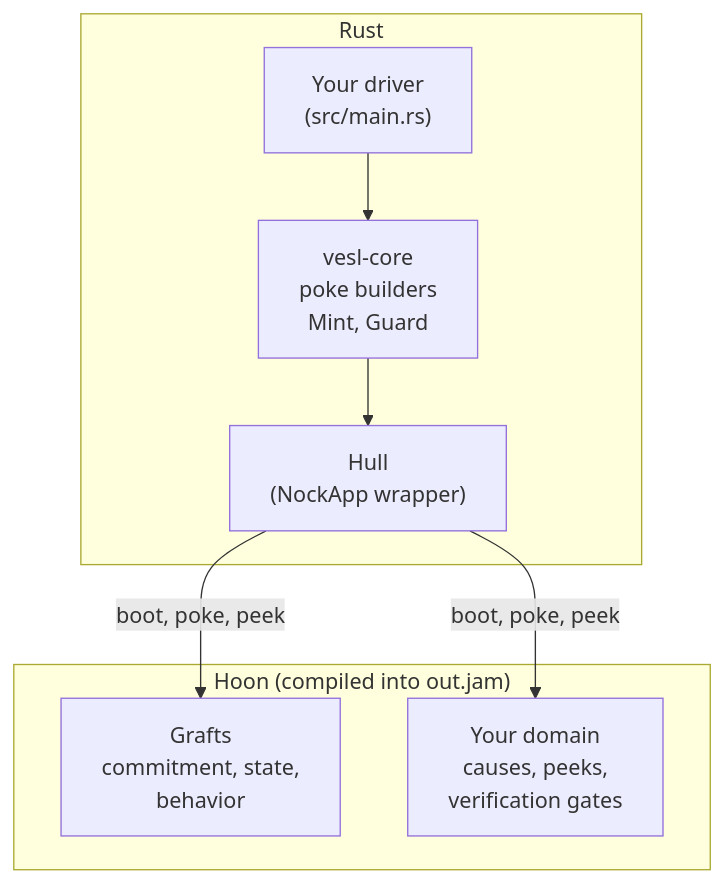
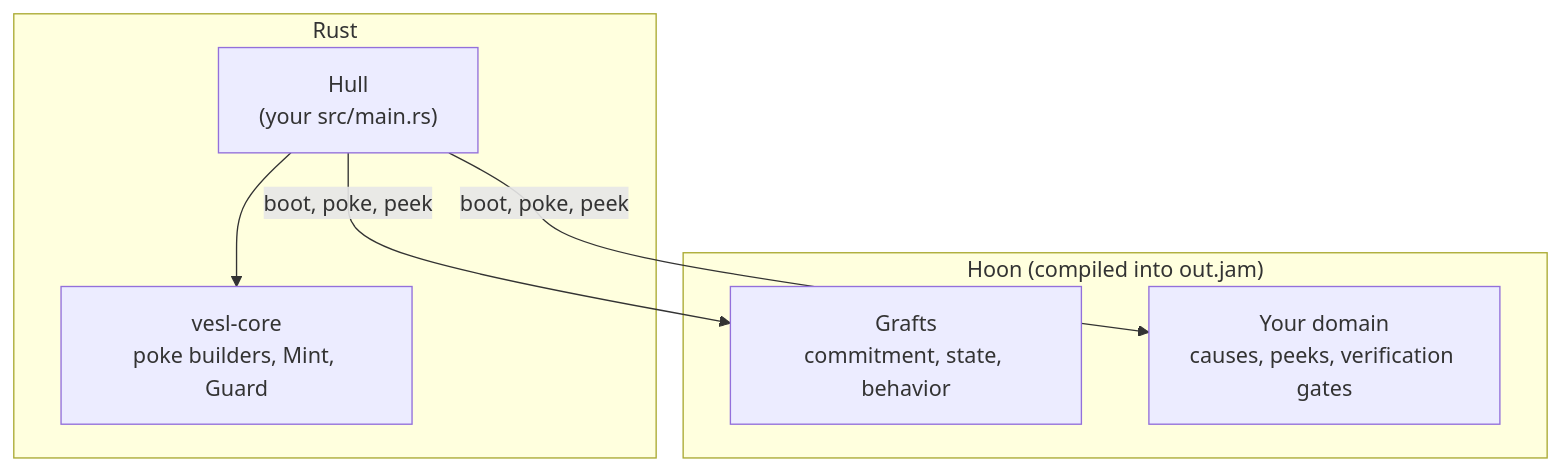
One commit to zkvesl/docs changed the diagram in docs/build/anatomy.md. Above: the diagram before and after it, drawn with Mermaid. The commit also changed other lines of this file and 7 other files, not shown here.

````diff
--- a/docs/build/anatomy.md
+++ b/docs/build/anatomy.md
@@ -28,15 +28,14 @@
 ```mermaid
 flowchart TB
     subgraph rust["Rust"]
-        driver["Your driver<br/>(src/main.rs)"]
-        core["vesl-core<br/>poke builders<br/>Mint, Guard"]
-        hull["Hull<br/>(NockApp wrapper)"]
-        driver --> core --> hull
+        hull["Hull<br/>(your src/main.rs)"]
+        core["vesl-core<br/>poke builders, Mint, Guard"]
+        hull --> core
     end
     subgraph hoon["Hoon (compiled into out.jam)"]
-        grafts["Grafts<br/>commitment, state,<br/>behavior"]
-        domain["Your domain<br/>causes, peeks,<br/>verification gates"]
+        grafts["Grafts<br/>commitment, state, behavior"]
+        domain["Your domain<br/>causes, peeks, verification gates"]
     end
     hull -->|boot, poke, peek| grafts
     hull -->|boot, poke, peek| domain
 ```
````
